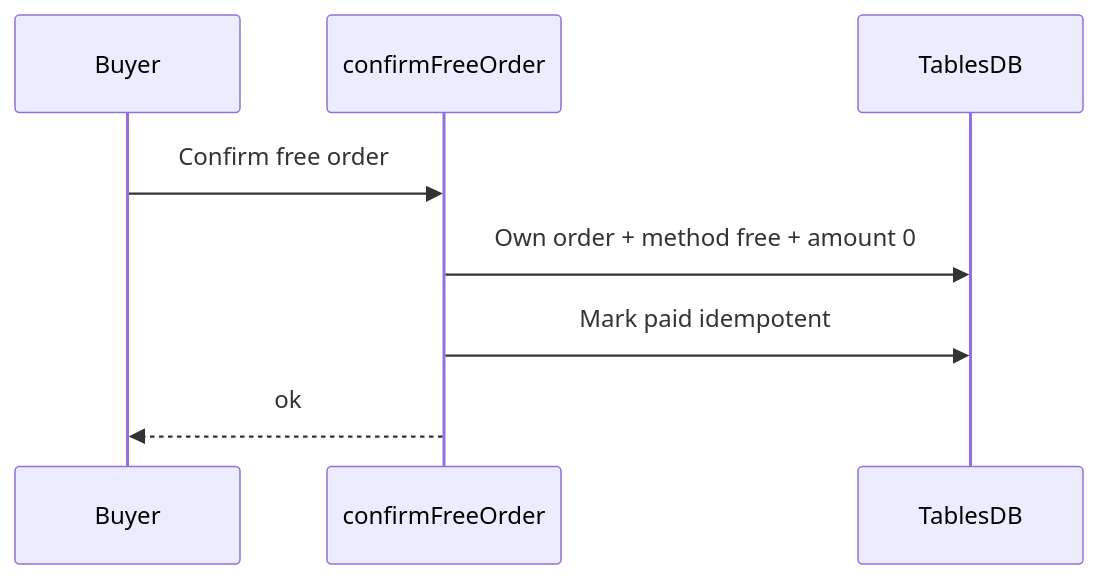
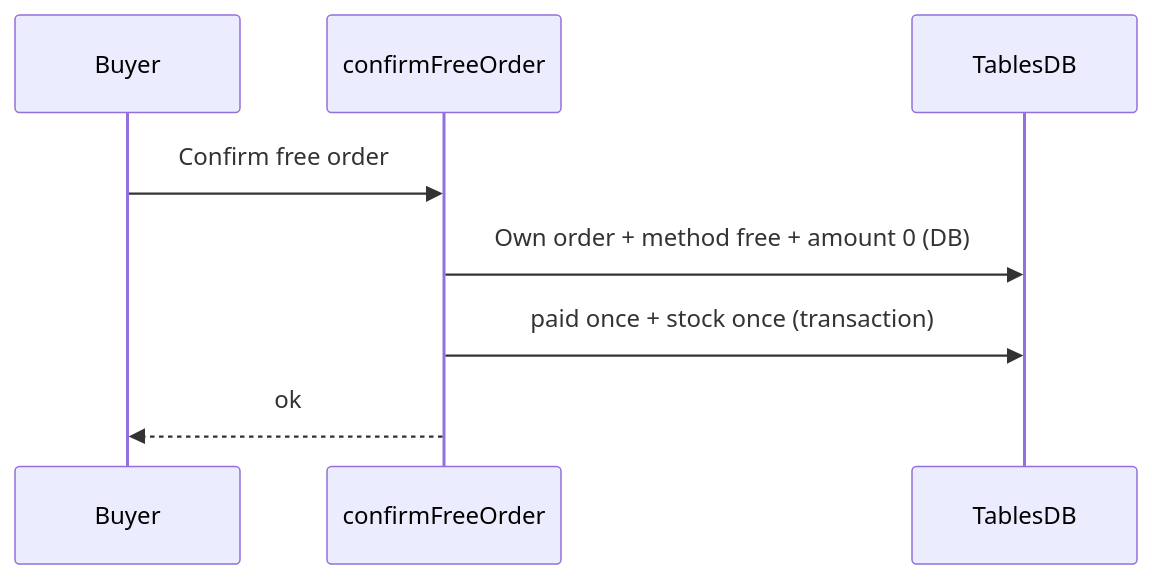
The second of 2 diagrams in docs/agent/PAYHERE.md (Senuka-Deneth/knurdz-marketplace), drawn with Mermaid before and after one commit. The commit also changed other lines of this file and 7 other files, not shown here.

First line of the commit message:
Implement Member 1 step 1.24 free order confirm.

````diff
--- a/docs/agent/PAYHERE.md
+++ b/docs/agent/PAYHERE.md
@@ -211,11 +214,11 @@
 ```mermaid
 sequenceDiagram
   participant Buyer
   participant Next as confirmFreeOrder
   participant DB as TablesDB
 
   Buyer->>Next: Confirm free order
-  Next->>DB: Own order + method free + amount 0
-  Next->>DB: Mark paid idempotent
+  Next->>DB: Own order + method free + amount 0 (DB)
+  Next->>DB: paid once + stock once (transaction)
   Next-->>Buyer: ok
 ```
````
